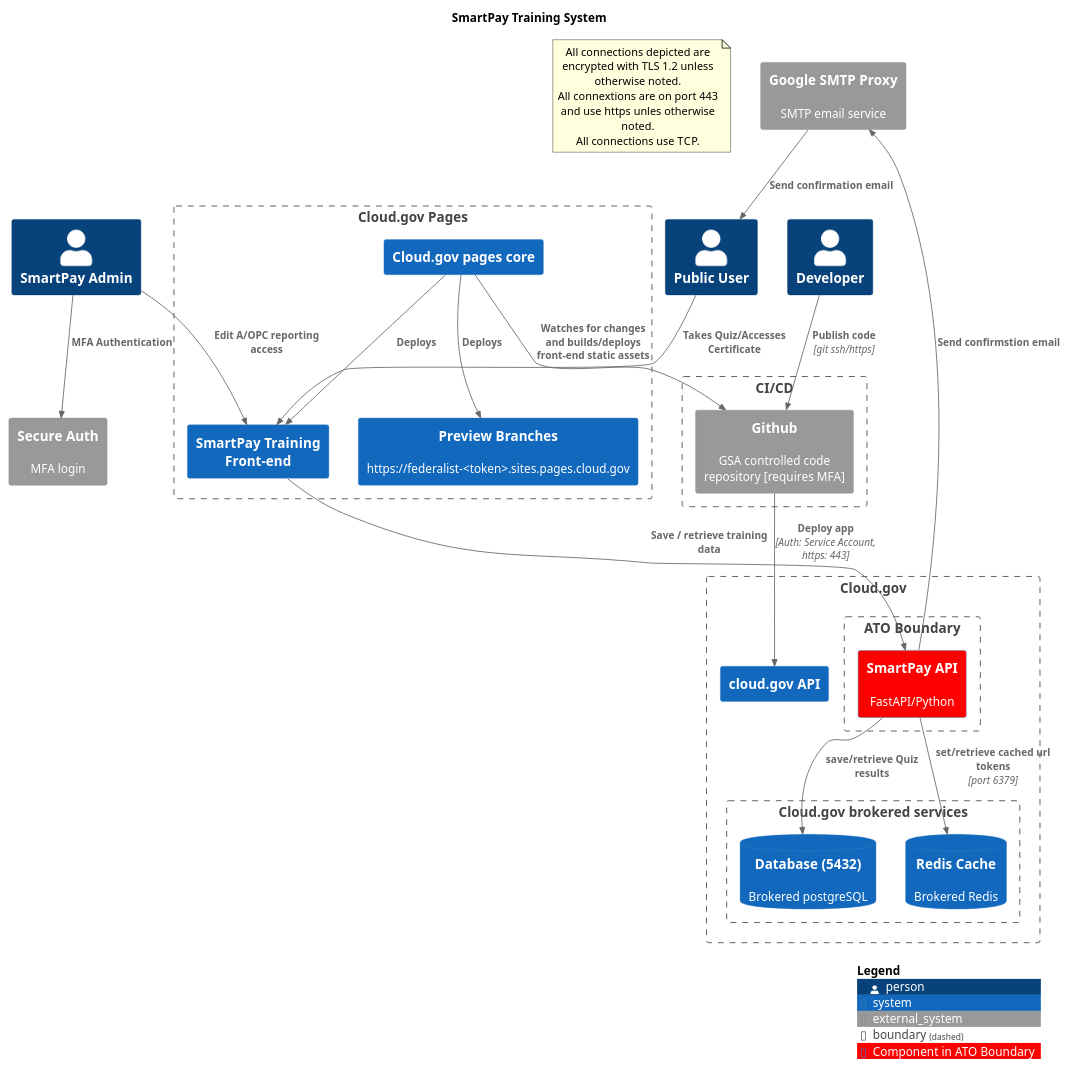
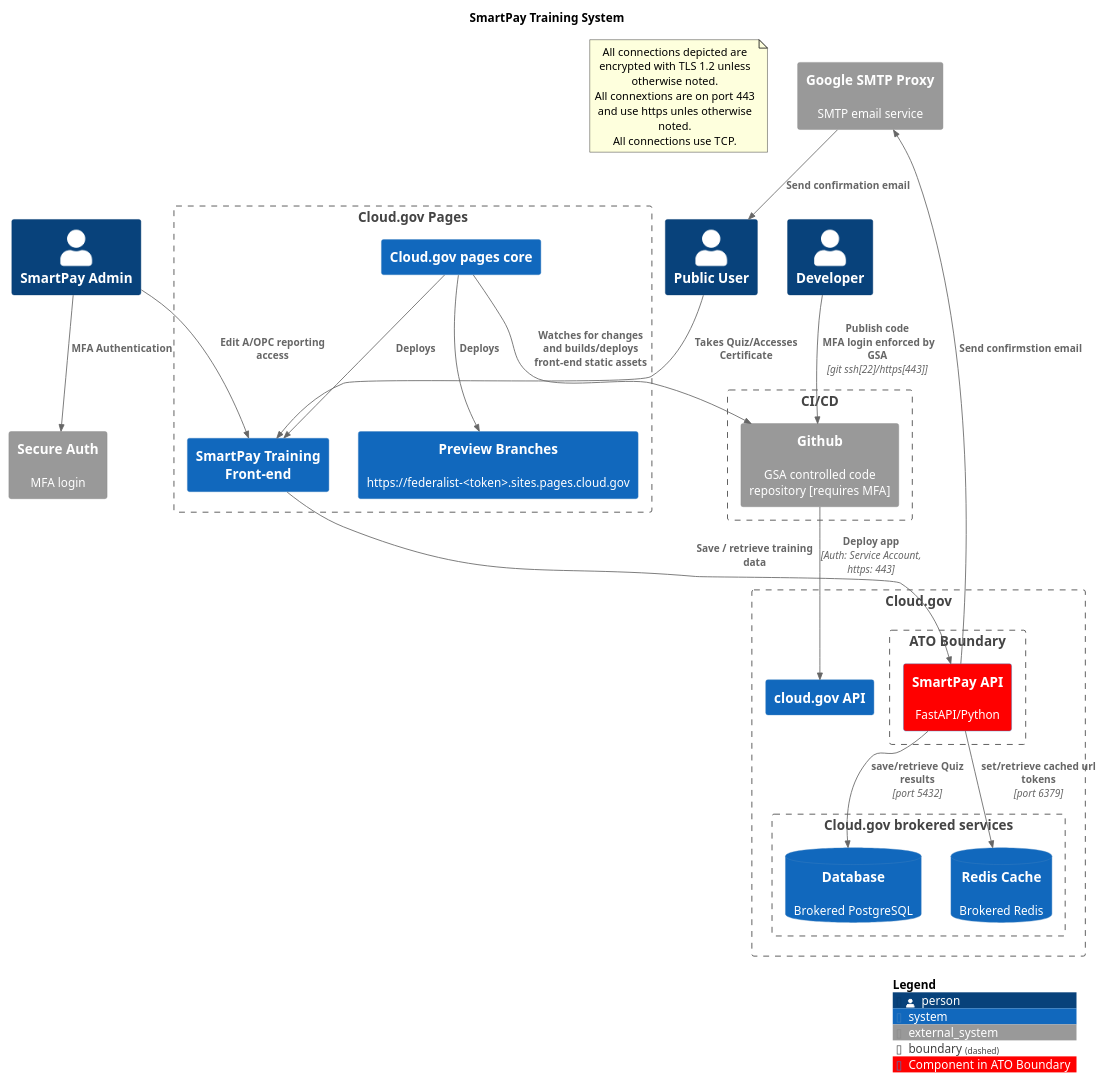
One commit to GSA/smartpay-training changed the diagram in docs/diagrams/smartpay_training_context.puml. Above: the diagram before and after it, drawn with PlantUML. The commit also changed 11 other files, not shown here.

```diff
--- a/docs/diagrams/smartpay_training_context.puml
+++ b/docs/diagrams/smartpay_training_context.puml
@@ -1,59 +1,59 @@
 @startuml smartpay_training_context
 !include https://raw.githubusercontent.com/plantuml-stdlib/C4-PlantUML/master/C4_Context.puml
 
 title SmartPay Training System
 
 note as ConnectionNote
 All connections depicted are encrypted with TLS 1.2 unless otherwise noted. 
 All connextions are on port 443 and use https unles otherwise noted.
 All connections use TCP. 
 end note
 
 AddSystemTag('ATO_component', $legendText="Component in ATO Boundary", $bgColor="red")
 
 Boundary(pages_boundary, "Cloud.gov Pages") {
     System(training_front_end, "SmartPay Training Front-end")
     System(cloud_pages, "Cloud.gov pages core")
     System(previews, "Preview Branches", "https://federalist-<token>.sites.pages.cloud.gov") 
 }
 
 Boundary(cloud_gov, "Cloud.gov ", "") {
     Boundary(ato, "ATO Boundary") {
         System(sp_backend, "SmartPay API", "FastAPI/Python", $tags="ATO_component") 
     }
     System(cloud_api,"cloud.gov API")
     Boundary(cloudgov-services,"Cloud.gov brokered services") {
-        SystemDb(db, "Database (5432)", "Brokered postgreSQL")
+        SystemDb(db, "Database", "Brokered PostgreSQL")
         SystemDb(redis, "Redis Cache", "Brokered Redis")
     } 
 } 
 
 Boundary(cicd, "CI/CD") {
   System_Ext(github, "Github", "GSA controlled code repository [requires MFA]")
 }
 
 Person(SP_Admin, "SmartPay Admin")
 Person(Public, "Public User")
 Person(Developer, "Developer")
 
 System_Ext(uaa, "Secure Auth", "MFA login")
 System_Ext(smtp, "Google SMTP Proxy", "SMTP email service")
 
 Rel(SP_Admin, uaa, "MFA Authentication")
 Rel(SP_Admin, training_front_end, "Edit A/OPC reporting access")
 Rel(training_front_end, sp_backend, "Save / retrieve training data")
 
-Rel(Developer, github, "Publish code", "git ssh/https")
+Rel(Developer, github, "Publish code \n MFA login enforced by GSA", "git ssh[22]/https[443]")
 Rel(github, cloud_api, "Deploy app", "Auth: Service Account, https: 443")
 Rel(cloud_pages, github, "Watches for changes and builds/deploys front-end static assets")
 
 Rel(smtp, Public, "Send confirmation email")
 Rel(sp_backend, smtp, "Send confirmstion email")
 Rel(Public, training_front_end, "Takes Quiz/Accesses Certificate")
 Rel(sp_backend, redis, "set/retrieve cached url tokens", "port 6379")
-Rel(sp_backend, db, "save/retrieve Quiz results")
+Rel(sp_backend, db, "save/retrieve Quiz results", "port 5432")
 Rel(cloud_pages, training_front_end, "Deploys")
 Rel(cloud_pages, previews, "Deploys")
 
 SHOW_LEGEND()
 @enduml
```
